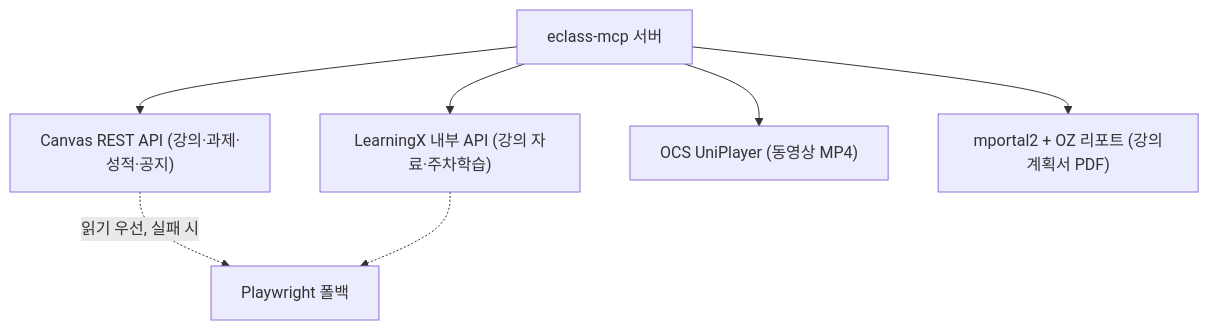
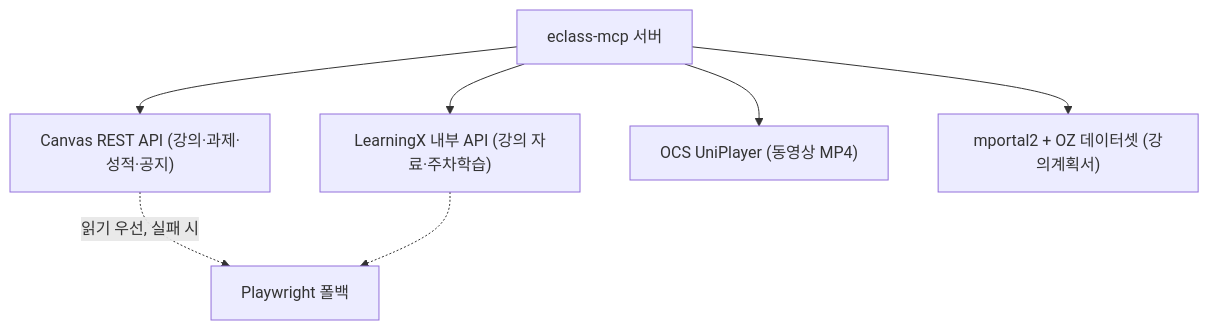
The second of 2 diagrams in README.md (jseook11/cau-eclass-mcp), drawn with Mermaid before and after one commit. The commit also changed other lines of this file and 42 other files, not shown here.

````diff
--- a/README.md
+++ b/README.md
@@ -110,9 +110,9 @@
 ```mermaid
 flowchart TD
     S["eclass-mcp 서버"] --> C["Canvas REST API (강의·과제·성적·공지)"]
     S --> L["LearningX 내부 API (강의 자료·주차학습)"]
     S --> O["OCS UniPlayer (동영상 MP4)"]
-    S --> M["mportal2 + OZ 리포트 (강의계획서 PDF)"]
+    S --> M["mportal2 + OZ 데이터셋 (강의계획서)"]
     C -.->|"읽기 우선, 실패 시"| P["Playwright 폴백"]
     L -.-> P
 ```
````
